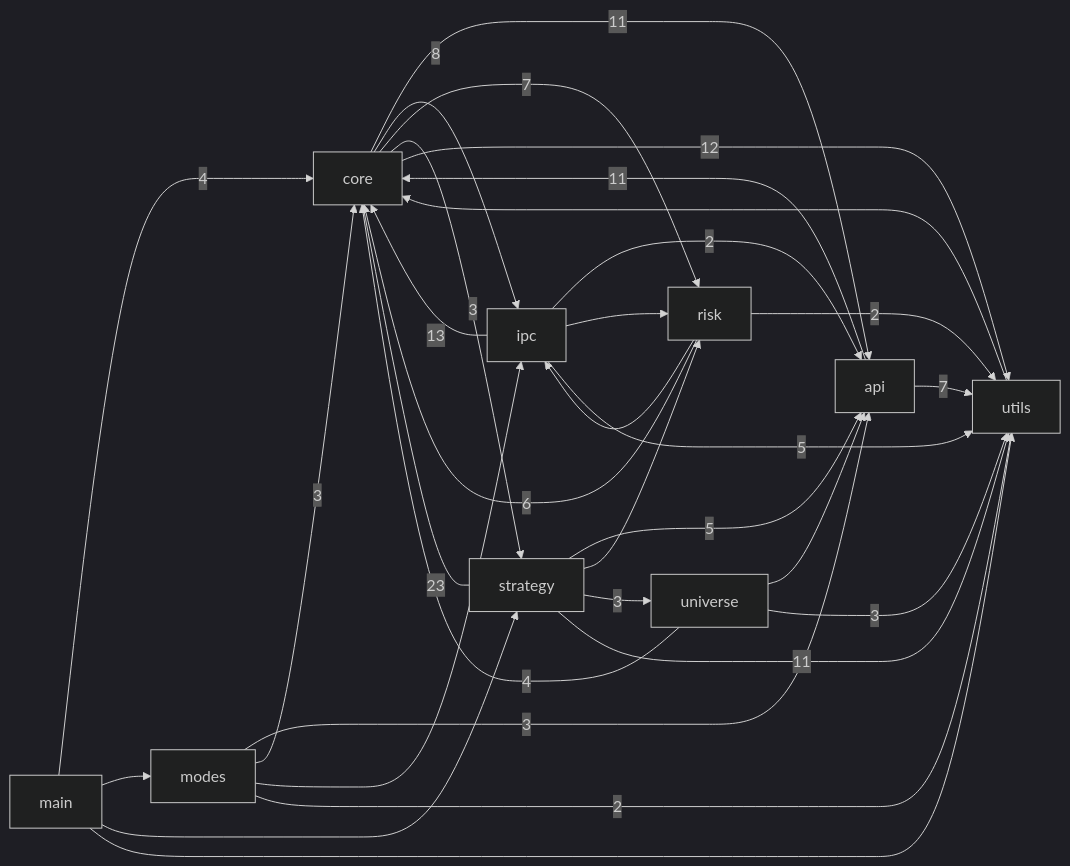
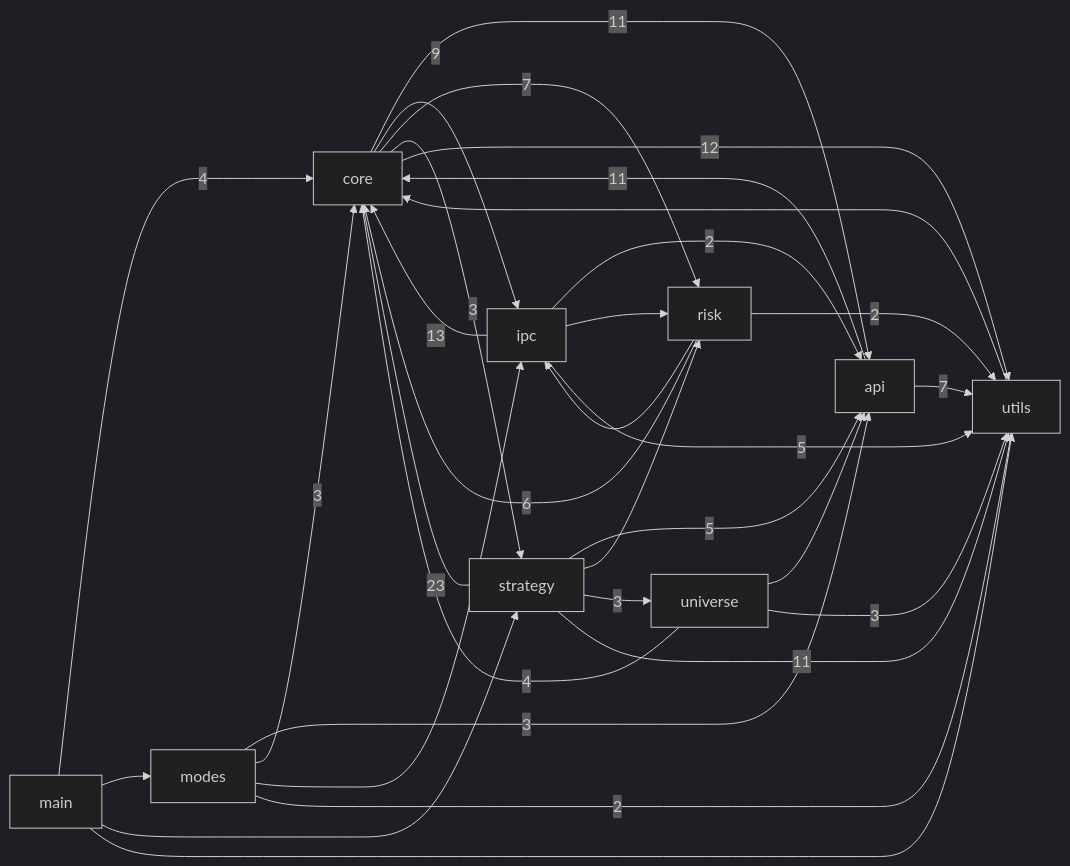
One commit to pypy8171/Quant changed the first of 3 diagrams in docs/CODE_GRAPH.md. Above: the diagram before and after it, drawn with Mermaid (dark theme). The commit also changed other lines of this file and 8 other files, not shown here.

````diff
--- a/docs/CODE_GRAPH.md
+++ b/docs/CODE_GRAPH.md
@@ -10,43 +10,43 @@
 ```mermaid
 graph LR
   main[main]
   modes[modes]
   core[core]
   strategy[strategy]
   api[api]
   universe[universe]
   risk[risk]
   ipc[ipc]
   utils[utils]
   api -->|11| core
   api -->|7| utils
   core -->|11| api
-  core -->|8| ipc
+  core -->|9| ipc
   core -->|7| risk
   core -->|3| strategy
   core -->|12| utils
   ipc -->|2| api
   ipc -->|13| core
   ipc --> risk
   ipc -->|5| utils
   main -->|4| core
   main --> modes
   main --> strategy
   main --> utils
   modes -->|3| api
   modes -->|3| core
   modes --> ipc
   modes -->|2| utils
   risk -->|6| core
   risk --> ipc
   risk -->|2| utils
   strategy -->|5| api
   strategy -->|23| core
   strategy --> risk
   strategy -->|3| universe
   strategy -->|11| utils
   universe --> api
   universe -->|4| core
   universe -->|3| utils
   utils --> core
 ```
````
